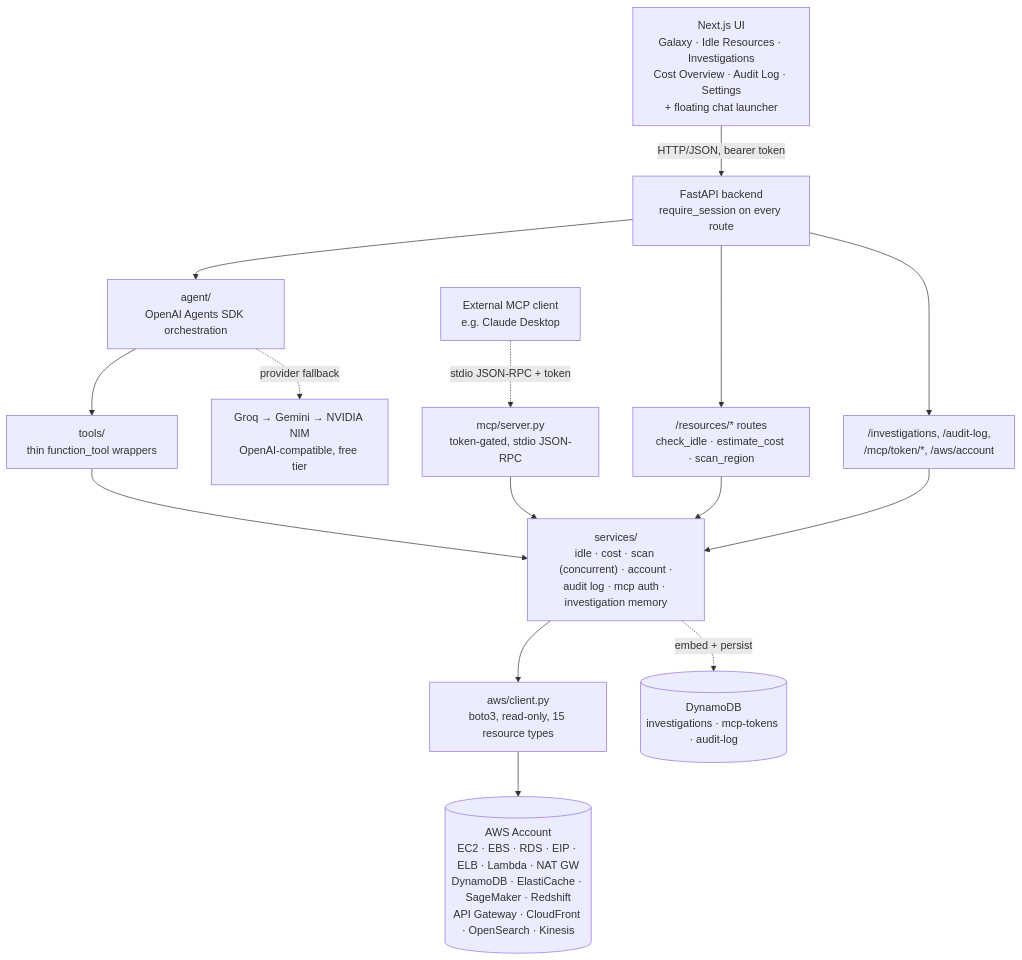
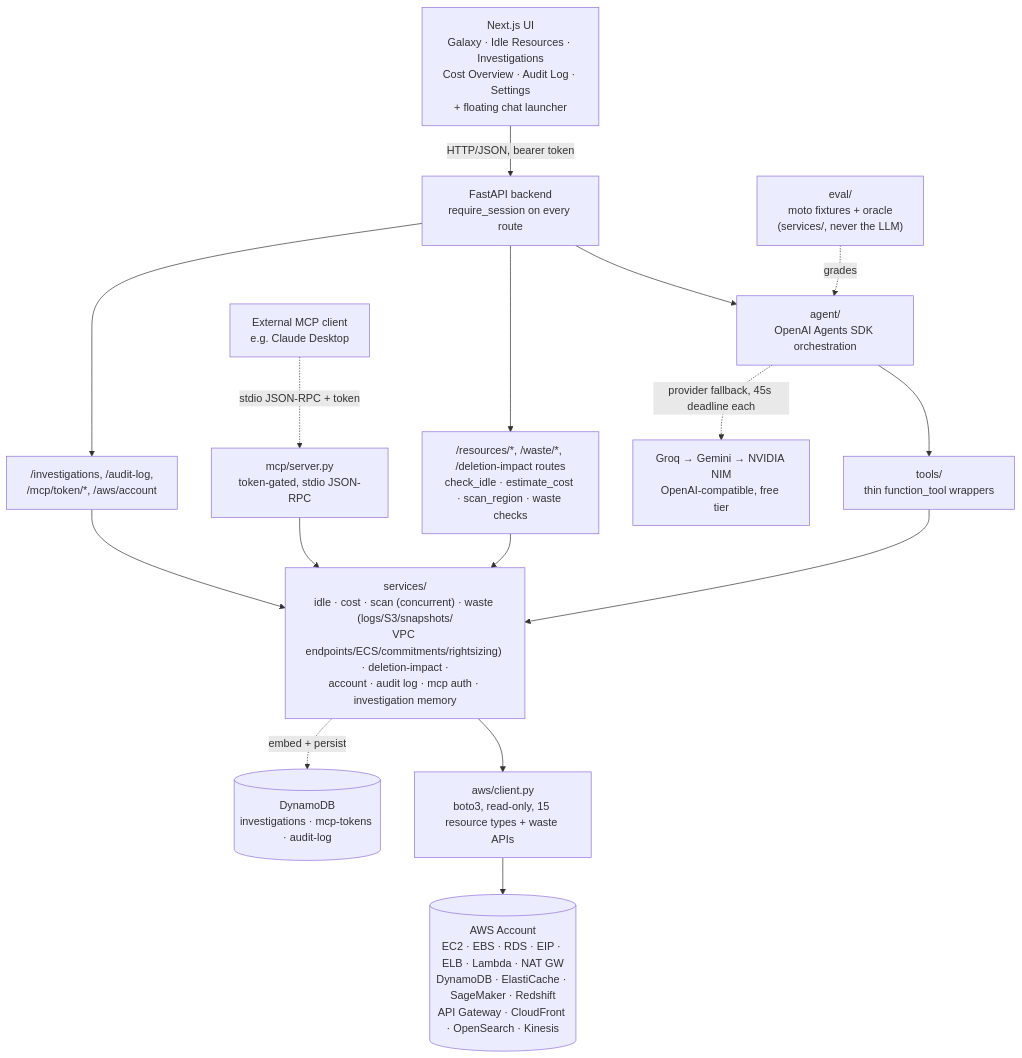
Before and after one commit to ahmad2474/opspilot-ai: the diagram in README.md, drawn with Mermaid. The commit also changed other lines of this file and 9 other files, not shown here.

````diff
--- a/README.md
+++ b/README.md
@@ -67,17 +96,18 @@
 ```mermaid
 flowchart TD
     UI["Next.js UI<br/>Galaxy · Idle Resources · Investigations<br/>Cost Overview · Audit Log · Settings<br/>+ floating chat launcher"] -->|HTTP/JSON, bearer token| API["FastAPI backend<br/>require_session on every route"]
     API --> Agent["agent/<br/>OpenAI Agents SDK orchestration"]
-    API --> Resources["/resources/* routes<br/>check_idle · estimate_cost · scan_region"]
+    API --> Resources["/resources/*, /waste/*, /deletion-impact routes<br/>check_idle · estimate_cost · scan_region · waste checks"]
     API --> Info["/investigations, /audit-log,<br/>/mcp/token/*, /aws/account"]
     Agent --> Tools["tools/<br/>thin function_tool wrappers"]
-    Tools --> Services["services/<br/>idle · cost · scan (concurrent) · account ·<br/>audit log · mcp auth · investigation memory"]
+    Tools --> Services["services/<br/>idle · cost · scan (concurrent) · waste (logs/S3/snapshots/<br/>VPC endpoints/ECS/commitments/rightsizing) · deletion-impact ·<br/>account · audit log · mcp auth · investigation memory"]
     Resources --> Services
     Info --> Services
     MCP["mcp/server.py<br/>token-gated, stdio JSON-RPC"] --> Services
     ExternalMCP["External MCP client<br/>e.g. Claude Desktop"] -.->|stdio JSON-RPC + token| MCP
-    Services --> AWSClient["aws/client.py<br/>boto3, read-only, 15 resource types"]
+    Services --> AWSClient["aws/client.py<br/>boto3, read-only, 15 resource types + waste APIs"]
     AWSClient --> Cloud[("AWS Account<br/>EC2 · EBS · RDS · EIP · ELB · Lambda · NAT GW<br/>DynamoDB · ElastiCache · SageMaker · Redshift<br/>API Gateway · CloudFront · OpenSearch · Kinesis")]
     Services -.->|embed + persist| DynamoRAG[("DynamoDB<br/>investigations · mcp-tokens · audit-log")]
-    Agent -.->|provider fallback| LLM["Groq → Gemini → NVIDIA NIM<br/>OpenAI-compatible, free tier"]
+    Agent -.->|provider fallback, 45s deadline each| LLM["Groq → Gemini → NVIDIA NIM<br/>OpenAI-compatible, free tier"]
+    Eval["eval/<br/>moto fixtures + oracle<br/>(services/, never the LLM)"] -.->|grades| Agent
 ```
````
